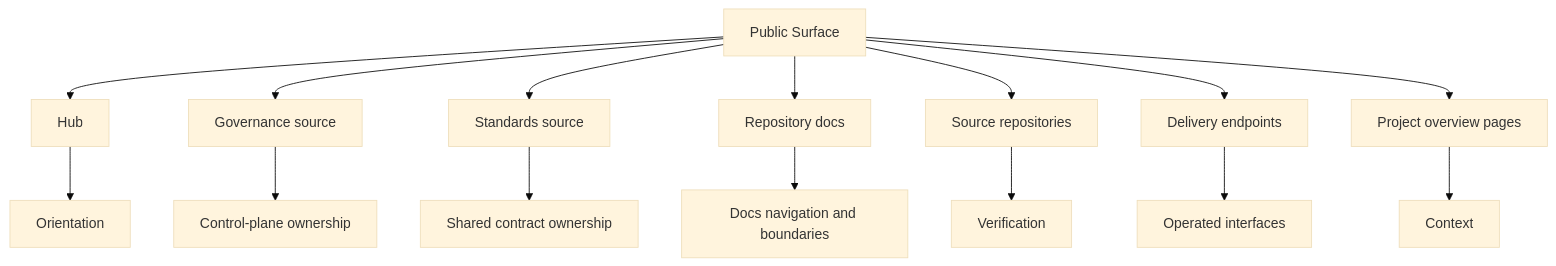
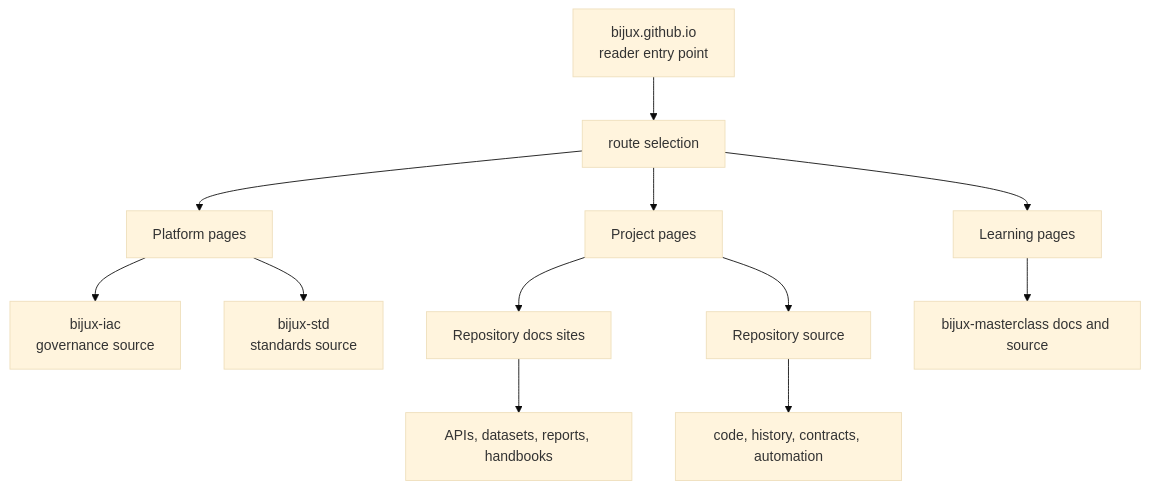
Before and after one commit to bijux/bijux.github.io: the first of 2 diagrams in docs/01-platform/public-surface/index.md, drawn with Mermaid (base theme). The commit also changed other lines of this file, not shown here.

Commit message:
docs(platform): redraw public surface routes

````diff
--- a/docs/01-platform/public-surface/index.md
+++ b/docs/01-platform/public-surface/index.md
@@ -26,18 +26,17 @@
 ```mermaid
 graph TD
-    surface["Public Surface"] --> hub["Hub"]
-    surface --> governance["Governance source"]
-    surface --> standards["Standards source"]
-    surface --> docs["Repository docs"]
-    surface --> source["Source repositories"]
-    surface --> delivery["Delivery endpoints"]
-    surface --> projects["Project overview pages"]
+    hub["bijux.github.io<br/>reader entry point"] --> routes["route selection"]
+    routes --> platform["Platform pages"]
+    routes --> projects["Project pages"]
+    routes --> learning["Learning pages"]
 
-    hub --> orientation["Orientation"]
-    governance --> policy["Control-plane ownership"]
-    standards --> contracts["Shared contract ownership"]
-    docs --> handbooks["Docs navigation and boundaries"]
-    source --> verification["Verification"]
-    delivery --> operated["Operated interfaces"]
-    projects --> context["Context"]
+    platform --> iac["bijux-iac<br/>governance source"]
+    platform --> std["bijux-std<br/>standards source"]
+
+    projects --> repo_docs["Repository docs sites"]
+    projects --> repo_source["Repository source"]
+    learning --> masterclass["bijux-masterclass docs and source"]
+
+    repo_docs --> delivery["APIs, datasets, reports, handbooks"]
+    repo_source --> verification["code, history, contracts, automation"]
 ```
````
